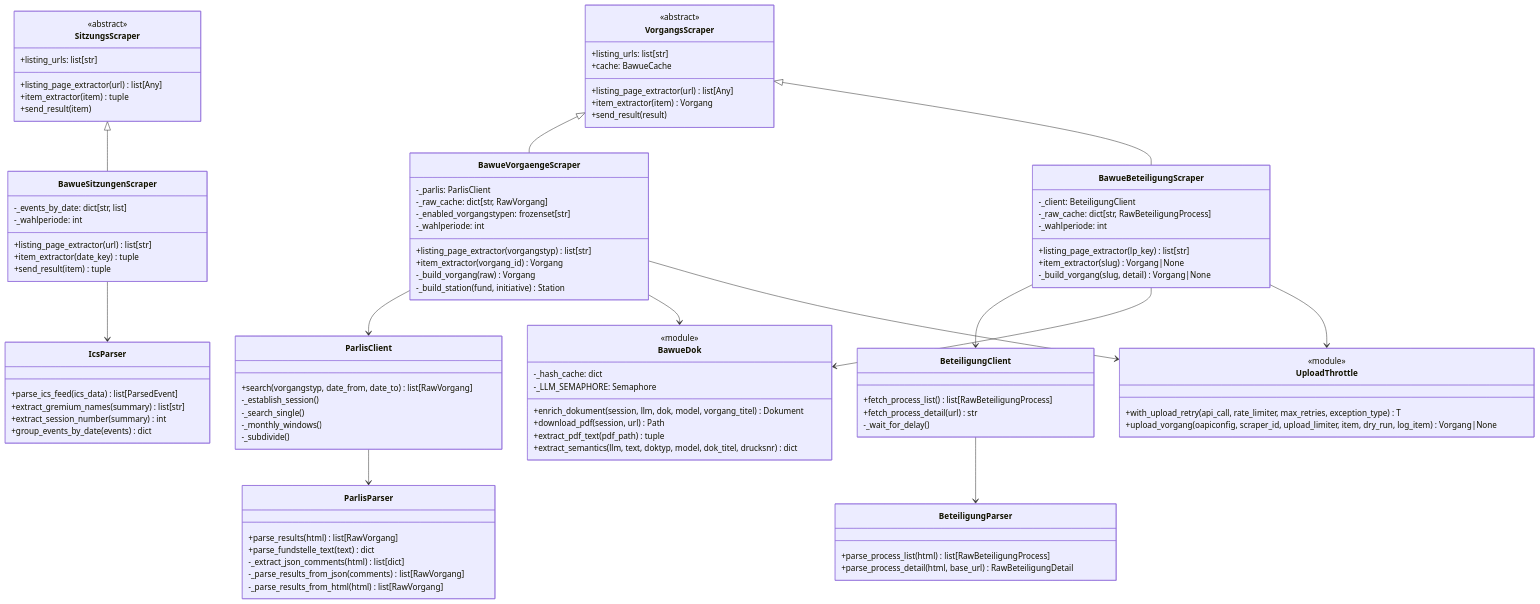
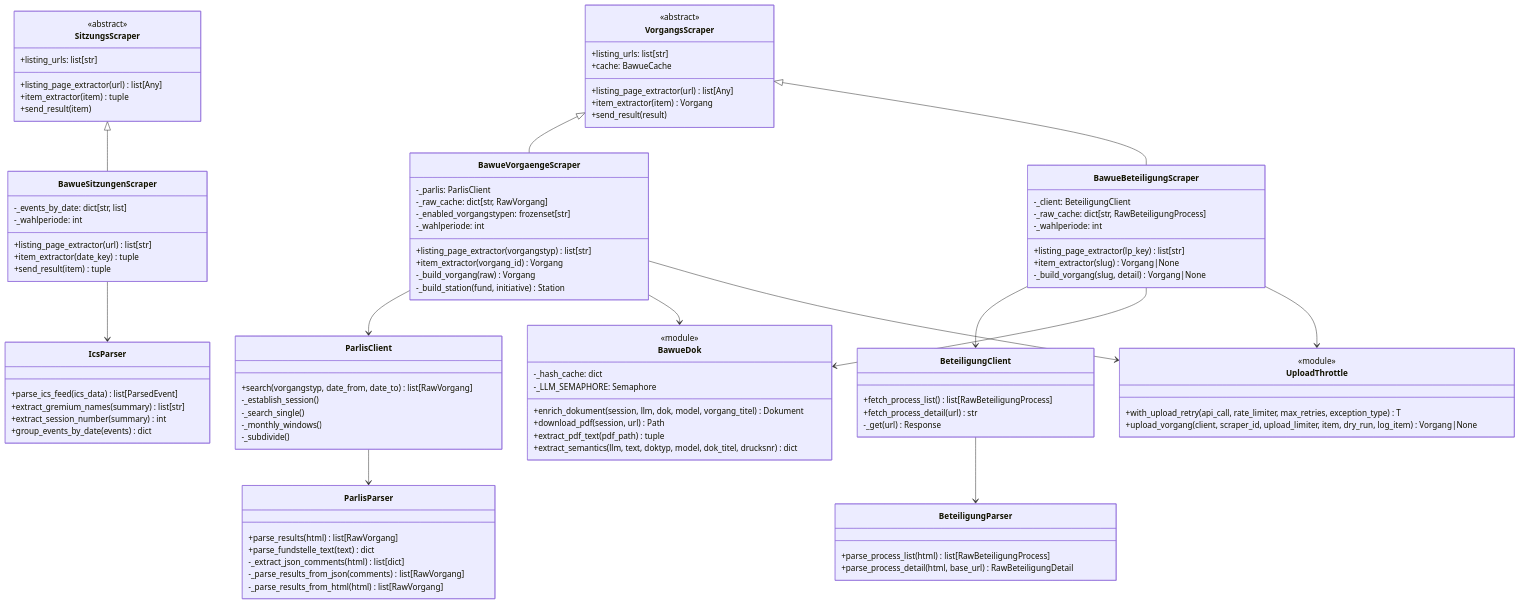
One commit to Parlamentszusammenfasser/pazufa-scraper-bw changed the third of 4 diagrams in docs/architecture.md. Above: the diagram before and after it, drawn with Mermaid. The commit also changed other lines of this file, not shown here.

First line of the commit message:
docs: align architecture.md with the current code

```diff
--- a/docs/architecture.md
+++ b/docs/architecture.md
@@ -195,7 +191,7 @@
     class BeteiligungClient {
         +fetch_process_list() list[RawBeteiligungProcess]
         +fetch_process_detail(url) str
-        -_wait_for_delay()
+        -_get(url) Response
     }
 
     class BeteiligungParser {
@@ -239,7 +235,7 @@
     class UploadThrottle {
         <<module>>
         +with_upload_retry(api_call, rate_limiter, max_retries, exception_type) T
-        +upload_vorgang(oapiconfig, scraper_id, upload_limiter, item, dry_run, log_item) Vorgang|None
+        +upload_vorgang(client, scraper_id, upload_limiter, item, dry_run, log_item) Vorgang|None
     }
 
     BawueVorgaengeScraper --> ParlisClient
```
